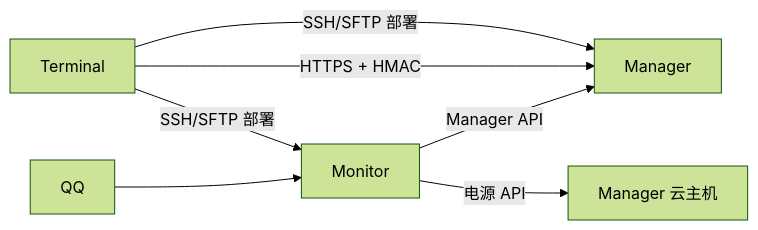
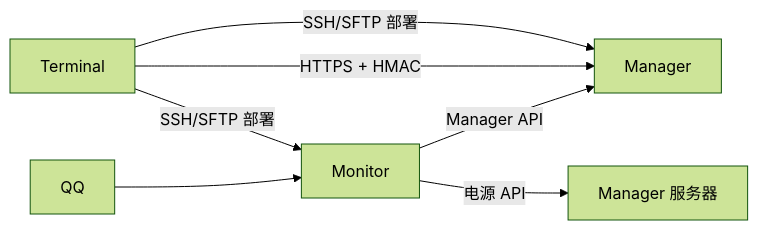
The diagram in readme.md (TunArund/MC-ServerPack), drawn with Mermaid (forest theme) before and after one commit. The commit also changed other lines of this file and 18 other files, not shown here.

````diff
--- a/readme.md
+++ b/readme.md
@@ -6,9 +6,9 @@
 ```mermaid
 flowchart LR
   T[Terminal] -->|SSH/SFTP 部署| M[Manager]
   T -->|HTTPS + HMAC| M
   T -->|SSH/SFTP 部署| N[Monitor]
-  N -->|电源 API| C[Manager 云主机]
+  N -->|电源 API| C[Manager 服务器]
   N -->|Manager API| M
   Q[QQ] --> N
 ```
````
